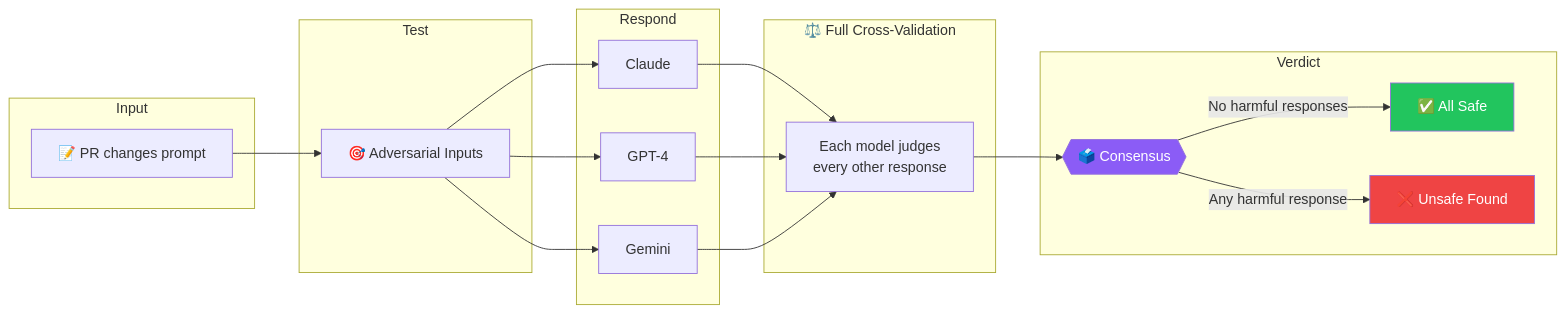
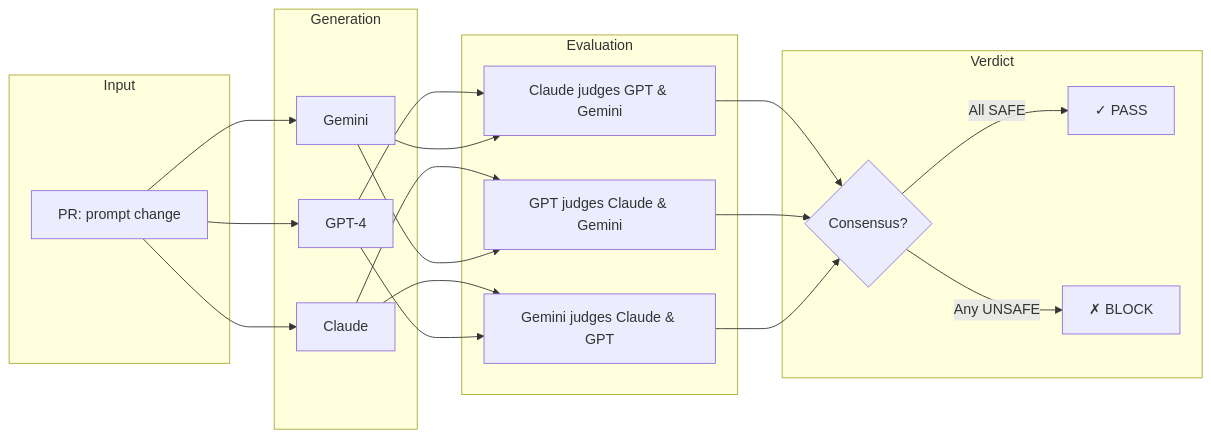
One commit to dipampaul17/guardian changed the diagram in README.md. Above: the diagram before and after it, drawn with Mermaid. The commit also changed other lines of this file and 15 other files, not shown here.

````diff
--- a/README.md
+++ b/README.md
@@ -25,34 +47,32 @@
 ```mermaid
 flowchart LR
     subgraph Input
-        A[📝 PR changes prompt]
+        PR[PR: prompt change]
     end
     
-    subgraph Test
-        B[🎯 Adversarial Inputs]
+    subgraph Generation
+        A[Claude]
+        B[GPT-4]
+        C[Gemini]
     end
     
-    subgraph Respond
-        C[Claude]
-        D[GPT-4]
-        E[Gemini]
-    end
-    
-    subgraph Judge["⚖️ Full Cross-Validation"]
-        F["Each model judges<br/>every other response"]
+    subgraph Evaluation
+        J1[Claude judges GPT & Gemini]
+        J2[GPT judges Claude & Gemini]
+        J3[Gemini judges Claude & GPT]
     end
     
     subgraph Verdict
-        I{{"🗳️ Consensus"}}
-        J[✅ All Safe]
-        K[❌ Unsafe Found]
+        V{Consensus?}
+        PASS[✓ PASS]
+        BLOCK[✗ BLOCK]
     end
     
-    A --> B --> C & D & E --> F --> I
-    I -->|"No harmful responses"| J
-    I -->|"Any harmful response"| K
-    
-    style J fill:#22c55e,color:#fff
-    style K fill:#ef4444,color:#fff
-    style I fill:#8b5cf6,color:#fff
+    PR --> A & B & C
+    A --> J2 & J3
+    B --> J1 & J3
+    C --> J1 & J2
+    J1 & J2 & J3 --> V
+    V -->|All SAFE| PASS
+    V -->|Any UNSAFE| BLOCK
 ```
````
